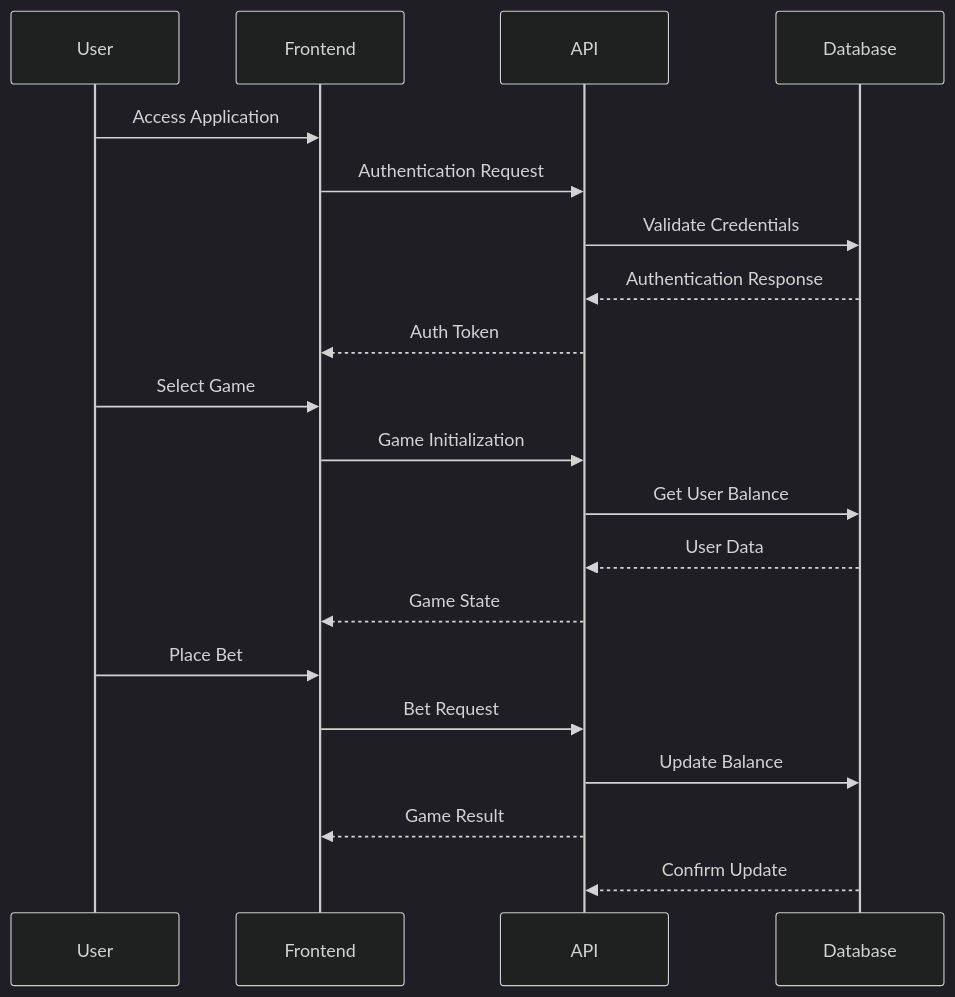
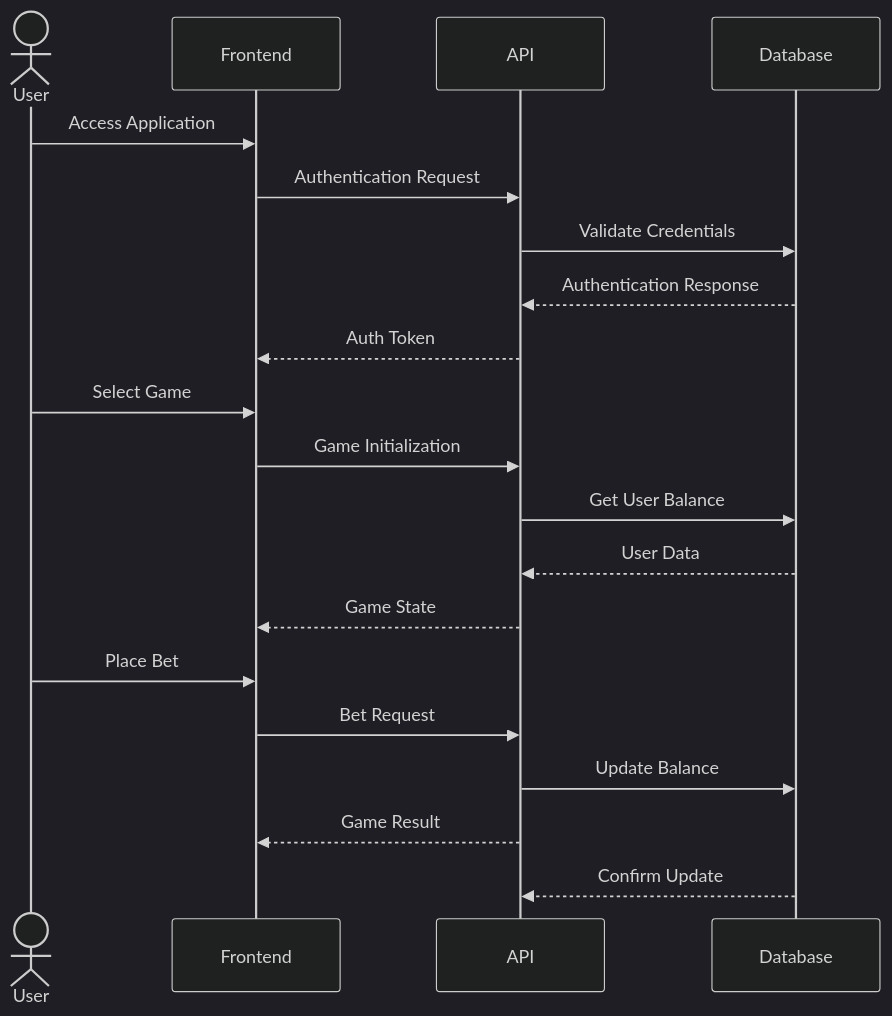
The second of 2 diagrams in README.md (gearbeagel/FEPsino), drawn with Mermaid (dark theme) before and after one commit.

Commit message:
[docs] changed the user in the diagram from a participant to an actor

````diff
--- a/README.md
+++ b/README.md
@@ -93,25 +93,25 @@
 ```mermaid
 sequenceDiagram
-    participant User
+    actor User
     participant Frontend
     participant API
     participant Database
 
     User->>Frontend: Access Application
     Frontend->>API: Authentication Request
     API->>Database: Validate Credentials
     Database-->>API: Authentication Response
     API-->>Frontend: Auth Token
 
     User->>Frontend: Select Game
     Frontend->>API: Game Initialization
     API->>Database: Get User Balance
     Database-->>API: User Data
     API-->>Frontend: Game State
 
     User->>Frontend: Place Bet
     Frontend->>API: Bet Request
     API->>Database: Update Balance
     API-->>Frontend: Game Result
     Database-->>API: Confirm Update
 ```
````
